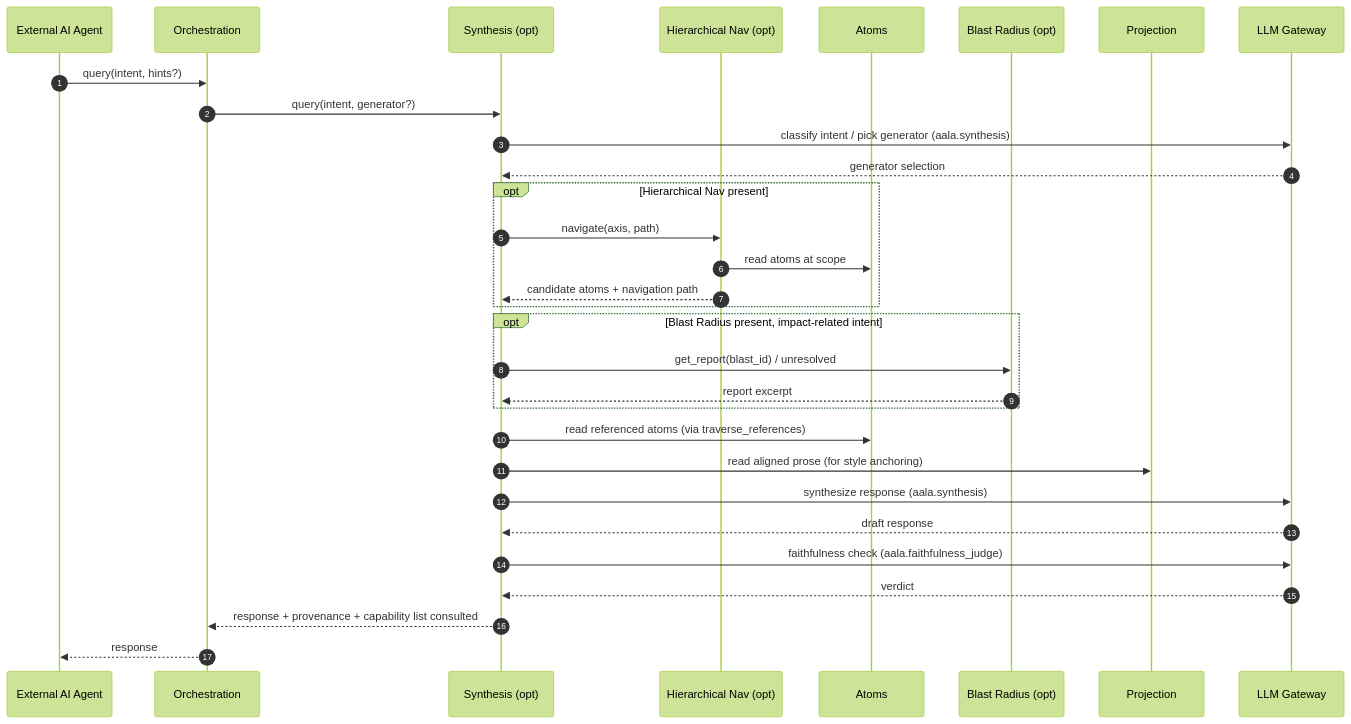
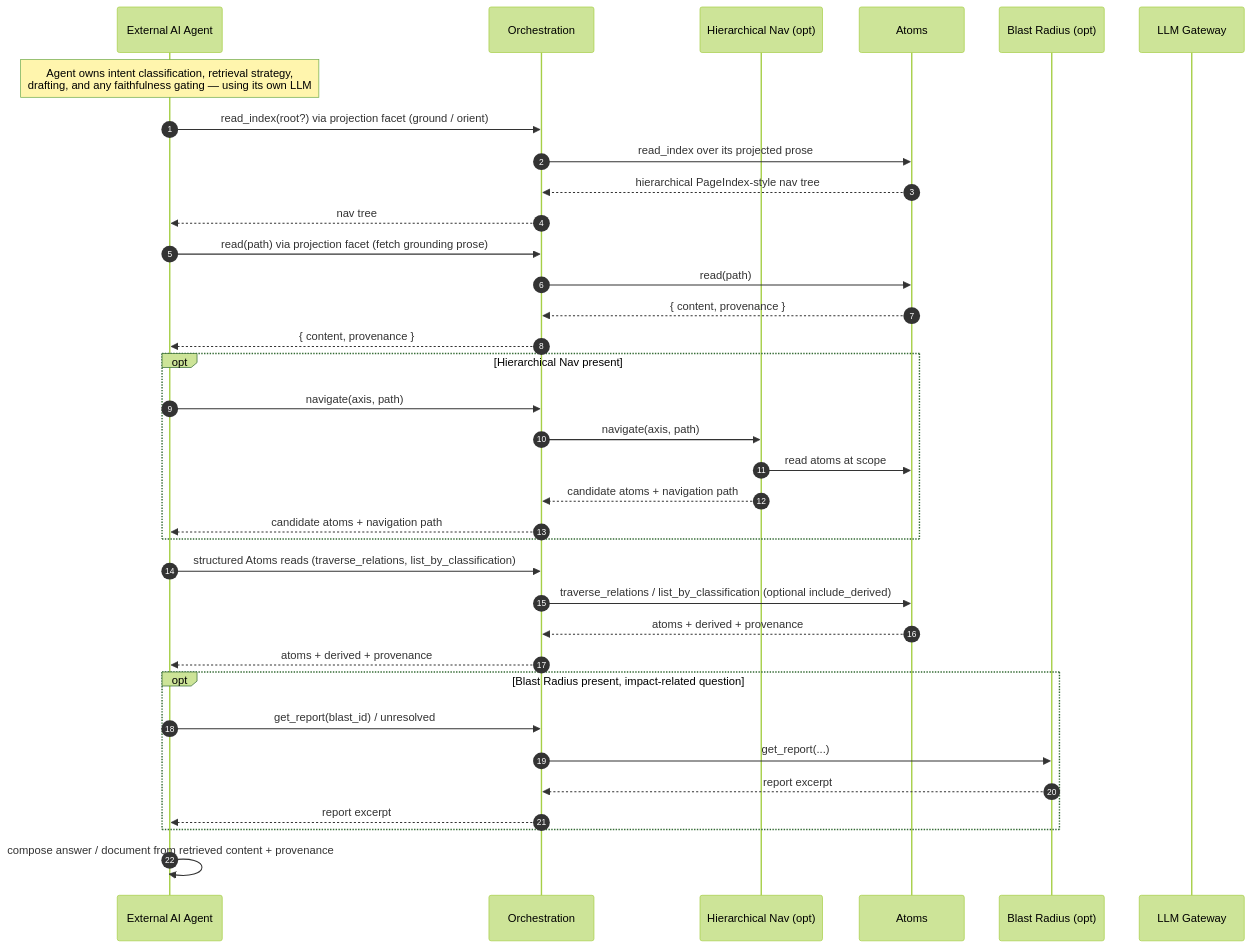
The second of 4 diagrams in docs/L2/11-flows.md (Gubbi/aala), drawn with Mermaid (forest theme) before and after one commit. The commit also changed other lines of this file and 68 other files, not shown here.

````diff
--- a/docs/L2/11-flows.md
+++ b/docs/L2/11-flows.md
@@ -71,34 +72,40 @@
 ```mermaid
 sequenceDiagram
     autonumber
     participant Agent as External AI Agent
     participant Orch as Orchestration
-    participant Synth as Synthesis (opt)
     participant Nav as Hierarchical Nav (opt)
     participant Atoms
     participant Blast as Blast Radius (opt)
-    participant Proj as Projection
     participant LLM as LLM Gateway
 
-    Agent->>Orch: query(intent, hints?)
-    Orch->>Synth: query(intent, generator?)
-    Synth->>LLM: classify intent / pick generator (aala.synthesis)
-    LLM-->>Synth: generator selection
+    Note over Agent: Agent owns intent classification, retrieval strategy,<br/>drafting, and any faithfulness gating — using its own LLM
+
+    Agent->>Orch: read_index(root?) via projection facet (ground / orient)
+    Orch->>Atoms: read_index over its projected prose
+    Atoms-->>Orch: hierarchical PageIndex-style nav tree
+    Orch-->>Agent: nav tree
+    Agent->>Orch: read(path) via projection facet (fetch grounding prose)
+    Orch->>Atoms: read(path)
+    Atoms-->>Orch: { content, provenance }
+    Orch-->>Agent: { content, provenance }
+
     opt Hierarchical Nav present
-        Synth->>Nav: navigate(axis, path)
+        Agent->>Orch: navigate(axis, path)
+        Orch->>Nav: navigate(axis, path)
         Nav->>Atoms: read atoms at scope
-        Nav-->>Synth: candidate atoms + navigation path
+        Nav-->>Orch: candidate atoms + navigation path
+        Orch-->>Agent: candidate atoms + navigation path
     end
-    opt Blast Radius present, impact-related intent
-        Synth->>Blast: get_report(blast_id) / unresolved
-        Blast-->>Synth: report excerpt
+    Agent->>Orch: structured Atoms reads (traverse_relations, list_by_classification)
+    Orch->>Atoms: traverse_relations / list_by_classification (optional include_derived)
+    Atoms-->>Orch: atoms + derived + provenance
+    Orch-->>Agent: atoms + derived + provenance
+    opt Blast Radius present, impact-related question
+        Agent->>Orch: get_report(blast_id) / unresolved
+        Orch->>Blast: get_report(...)
+        Blast-->>Orch: report excerpt
+        Orch-->>Agent: report excerpt
     end
-    Synth->>Atoms: read referenced atoms (via traverse_references)
-    Synth->>Proj: read aligned prose (for style anchoring)
-    Synth->>LLM: synthesize response (aala.synthesis)
-    LLM-->>Synth: draft response
-    Synth->>LLM: faithfulness check (aala.faithfulness_judge)
-    LLM-->>Synth: verdict
-    Synth-->>Orch: response + provenance + capability list consulted
-    Orch-->>Agent: response
+    Agent->>Agent: compose answer / document from retrieved content + provenance
 ```
````
